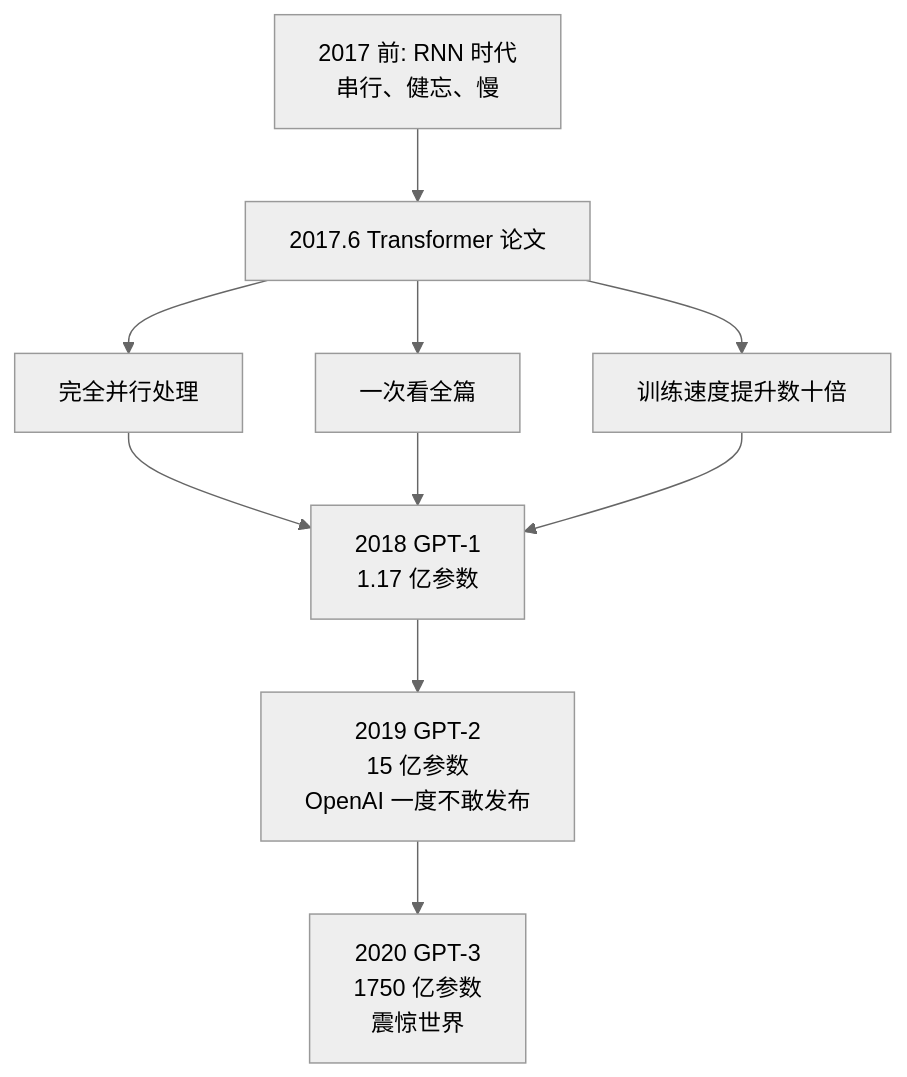
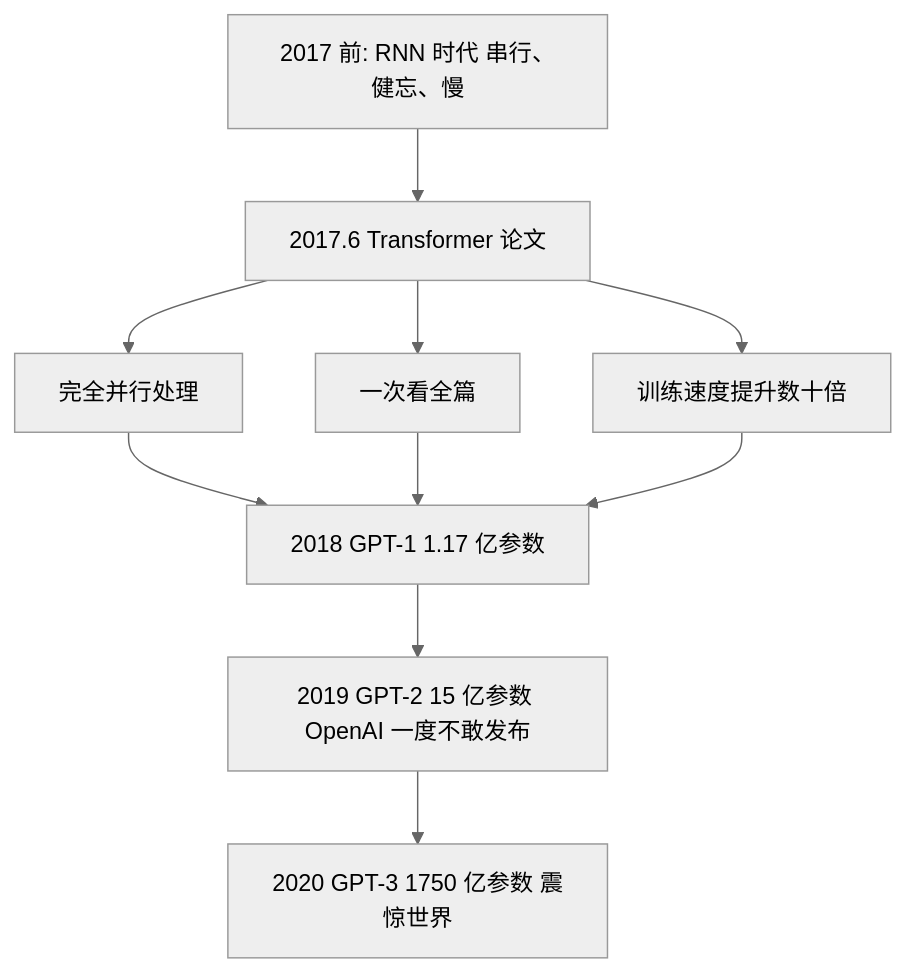
The sixth of 32 diagrams in docs/md/ai/ai-llm.md (fuzhengwei/CodeGuide), drawn with Mermaid (neutral theme) before and after one commit. The commit also changed other lines of this file, not shown here.

````diff
--- a/docs/md/ai/ai-llm.md
+++ b/docs/md/ai/ai-llm.md
@@ -144,12 +144,12 @@
 ```mermaid
 graph TB
-    A["2017 前: RNN 时代<br/>串行、健忘、慢"] --> B["2017.6 Transformer 论文"]
+    A["2017 前: RNN 时代 串行、健忘、慢"] --> B["2017.6 Transformer 论文"]
     B --> C["完全并行处理"]
     B --> D["一次看全篇"]
     B --> E["训练速度提升数十倍"]
-    C --> F["2018 GPT-1<br/>1.17 亿参数"]
+    C --> F["2018 GPT-1 1.17 亿参数"]
     D --> F
     E --> F
-    F --> G["2019 GPT-2<br/>15 亿参数<br/>OpenAI 一度不敢发布"]
-    G --> H["2020 GPT-3<br/>1750 亿参数<br/>震惊世界"]
+    F --> G["2019 GPT-2 15 亿参数 OpenAI 一度不敢发布"]
+    G --> H["2020 GPT-3 1750 亿参数 震惊世界"]
 ```
````
